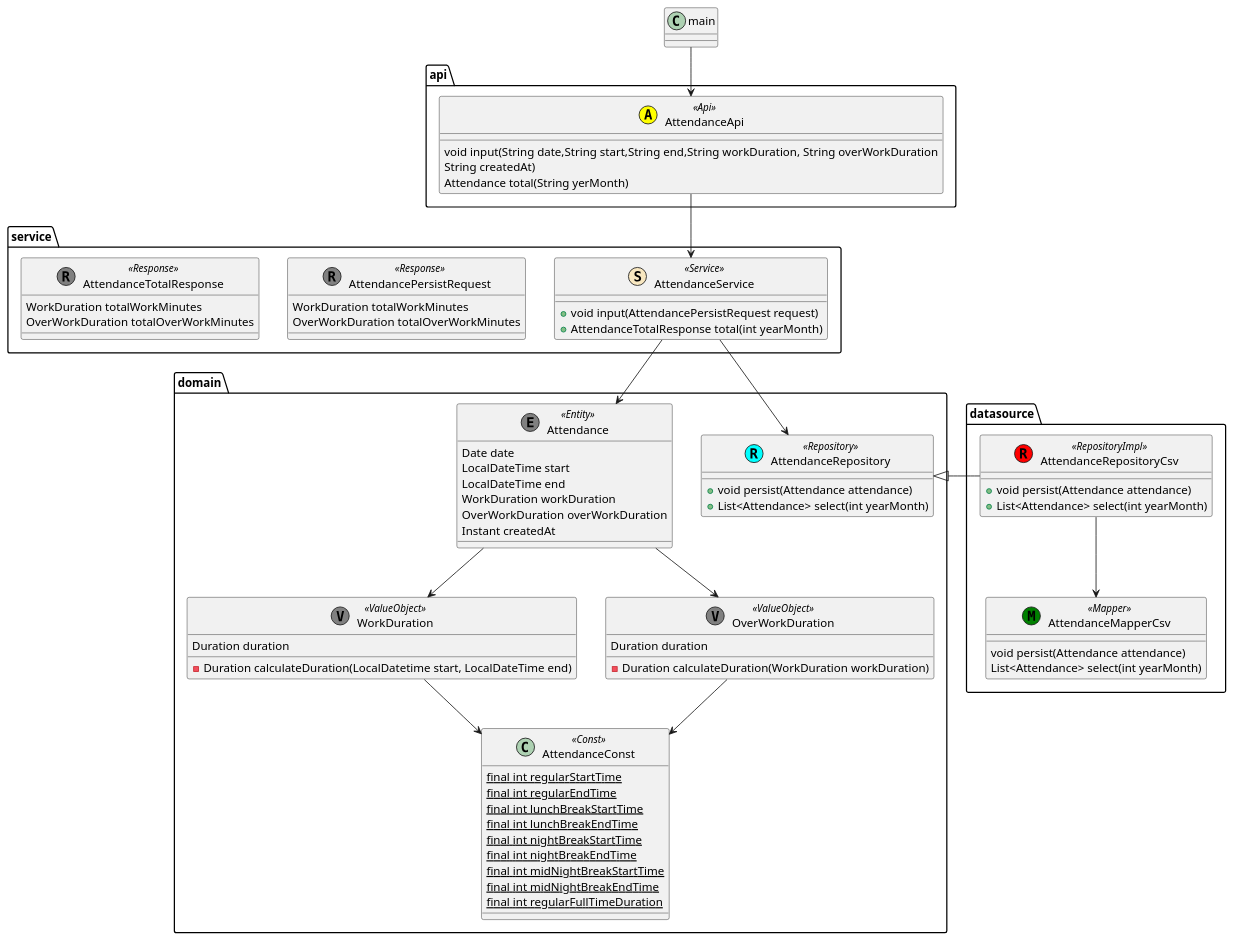
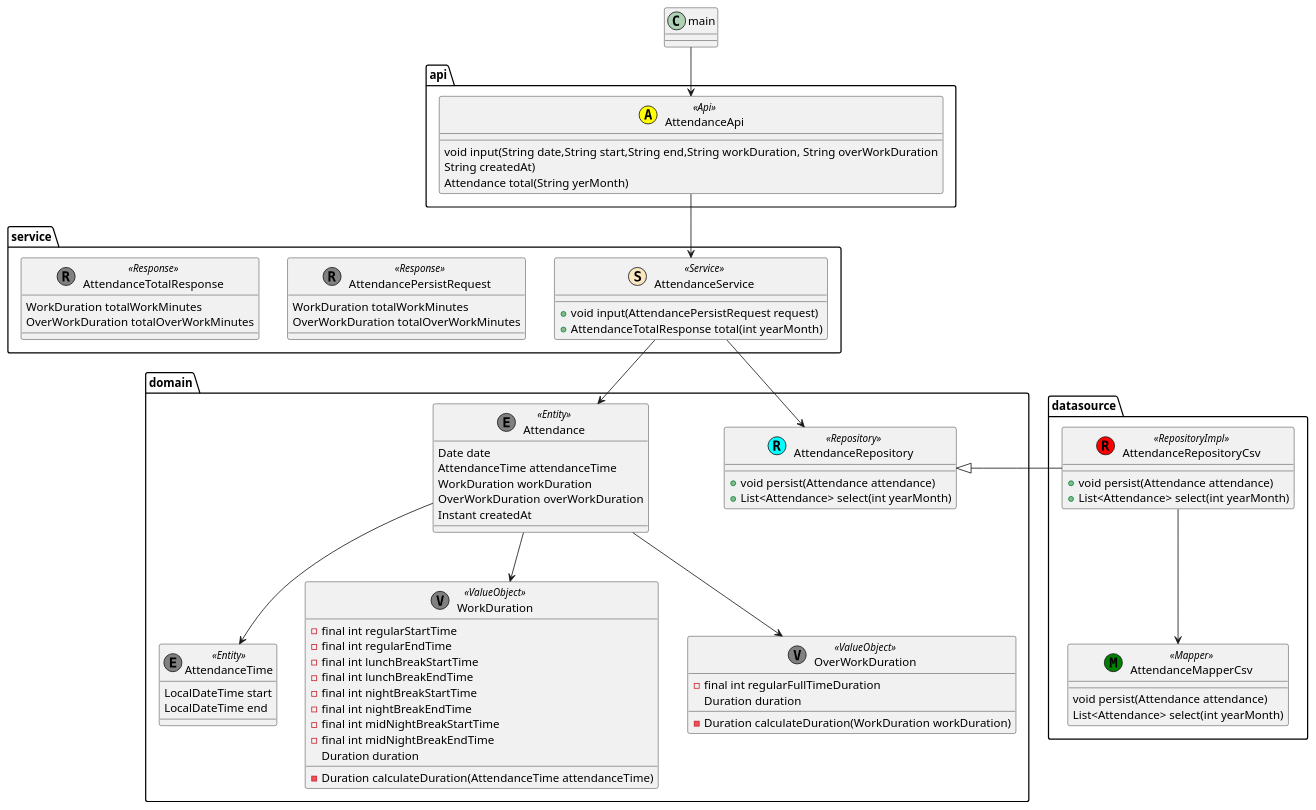
The diagram in etc/class_diagram.puml (biglobe-isp/kintai), drawn with PlantUML before and after one commit.

Commit message:
レビューを踏まえて、constの廃止、出勤時間都退勤時間をオブジェクトでまとめる

```diff
--- a/etc/class_diagram.puml
+++ b/etc/class_diagram.puml
@@ -1,93 +1,93 @@
 @startuml 勤怠管理クラス図
 package domain {
     class Attendance<<(E,gray) Entity>> {
         Date date
-        LocalDateTime start
-        LocalDateTime end
+        AttendanceTime attendanceTime
         WorkDuration workDuration
         OverWorkDuration overWorkDuration
         Instant createdAt
     }
 
+    class AttendanceTime<<(E,gray) Entity>> {
+            LocalDateTime start
+            LocalDateTime end
+    }
+
     class WorkDuration<<(V,gray) ValueObject>> {
+        - final int regularStartTime
+        - final int regularEndTime
+        - final int lunchBreakStartTime
+        - final int lunchBreakEndTime
+        - final int nightBreakStartTime
+        - final int nightBreakEndTime
+        - final int midNightBreakStartTime
+        - final int midNightBreakEndTime
         Duration duration
-        - Duration calculateDuration(LocalDatetime start, LocalDateTime end)
+        - Duration calculateDuration(AttendanceTime attendanceTime)
      }
 
      class OverWorkDuration<<(V,gray) ValueObject>> {
+             - final int regularFullTimeDuration
              Duration duration
              - Duration calculateDuration(WorkDuration workDuration)
      }
 
      class AttendanceRepository<<(R,Cyan) Repository>> {
            + void persist(Attendance attendance)
            + List<Attendance> select(int yearMonth)
       }
-
-     class AttendanceConst<<Const>> {
-        {static} final int regularStartTime
-        {static} final int regularEndTime
-        {static} final int lunchBreakStartTime
-        {static} final int lunchBreakEndTime
-        {static} final int nightBreakStartTime
-        {static} final int nightBreakEndTime
-        {static} final int midNightBreakStartTime
-        {static} final int midNightBreakEndTime
-        {static} final int regularFullTimeDuration
-     }
 }
 
 package datasource {
     class AttendanceRepositoryCsv<<(R,red) RepositoryImpl>> {
         + void persist(Attendance attendance)
         + List<Attendance> select(int yearMonth)
     }
     class AttendanceMapperCsv<<(M,green) Mapper>> {
         void persist(Attendance attendance)
         List<Attendance> select(int yearMonth)
     }
 }
 
 package service {
     class AttendanceService<<(S,strategy) Service>> {
        + void input(AttendancePersistRequest request)
        + AttendanceTotalResponse total(int yearMonth)
     }
 
     class AttendancePersistRequest<<(R,gray) Response>> {
             WorkDuration totalWorkMinutes
             OverWorkDuration totalOverWorkMinutes
     }
 
 
     class AttendanceTotalResponse<<(R,gray) Response>> {
         WorkDuration totalWorkMinutes
         OverWorkDuration totalOverWorkMinutes
     }
 }
 
 package api {
     class AttendanceApi<<(A,yellow) Api>> {
         void input(String date,String start,String end,String workDuration, String overWorkDuration
                            String createdAt)
         Attendance total(String yerMonth)
     }
 
 }
 
 class main {
 }
 
 main --> AttendanceApi
 AttendanceApi --> AttendanceService
 AttendanceService --> Attendance
 AttendanceRepositoryCsv -left-|> AttendanceRepository
 AttendanceService --> AttendanceRepository
+Attendance --> AttendanceTime
 Attendance --> WorkDuration
 Attendance --> OverWorkDuration
 AttendanceRepositoryCsv --> AttendanceMapperCsv
-WorkDuration --> AttendanceConst
-OverWorkDuration --> AttendanceConst
 
 
 @enduml
```
